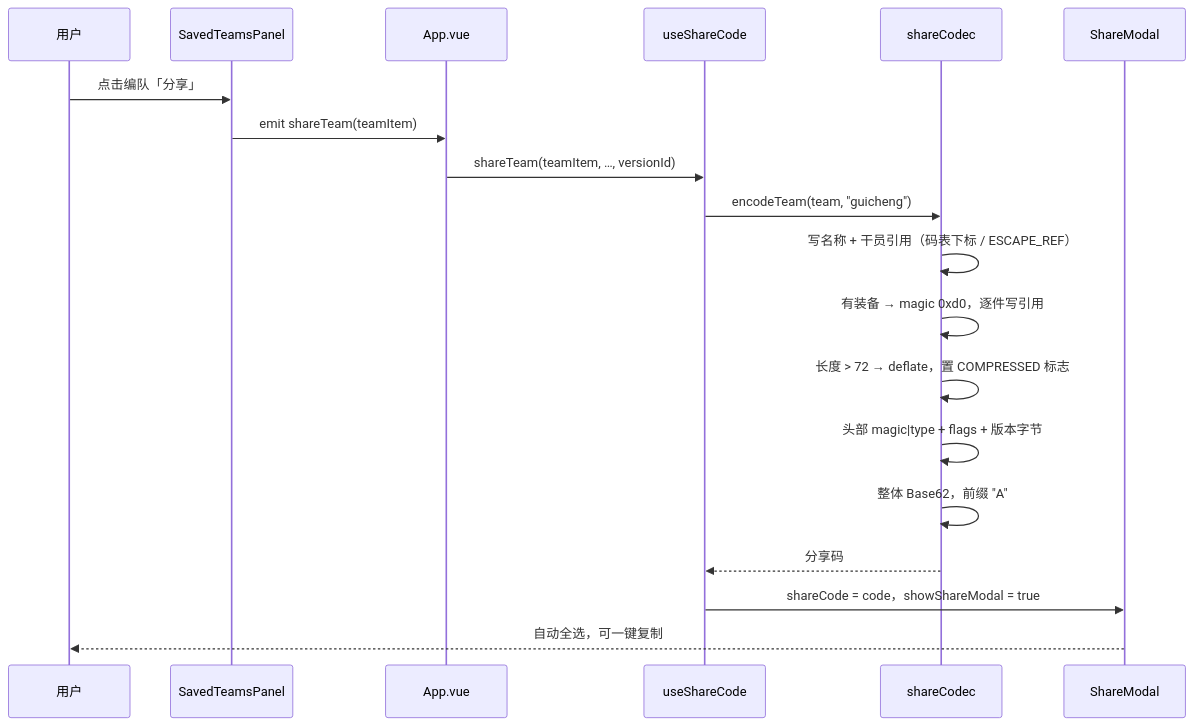
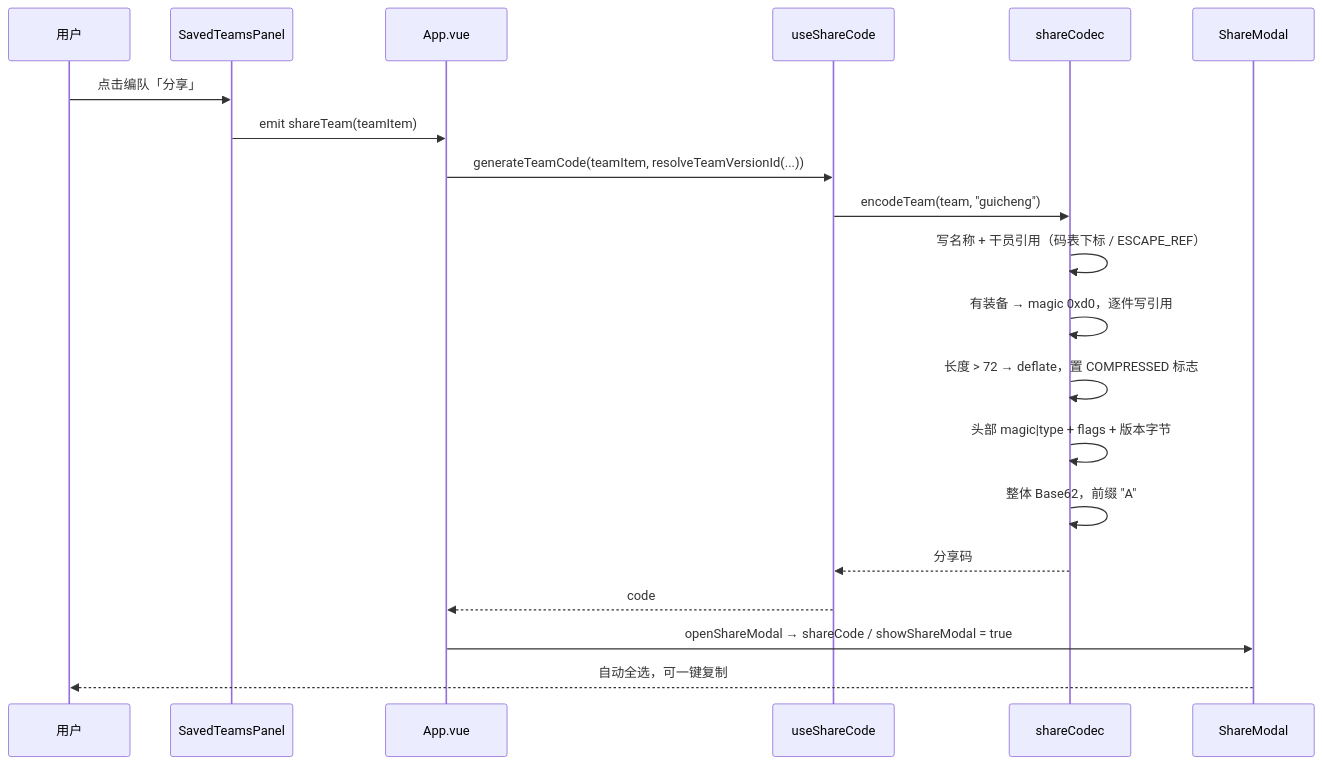
Before and after one commit to yeyeye613/Arknights-alliance-tool: the seventh of 9 diagrams in architecture/data-flow.md, drawn with Mermaid. The commit also changed other lines of this file and 7 other files, not shown here.

````diff
--- a/architecture/data-flow.md
+++ b/architecture/data-flow.md
@@ -206,22 +207,23 @@
 ```mermaid
 sequenceDiagram
   participant U as 用户
   participant S as SavedTeamsPanel
   participant A as App.vue
   participant SC as useShareCode
   participant CD as shareCodec
   participant M as ShareModal
 
   U->>S: 点击编队「分享」
   S->>A: emit shareTeam(teamItem)
-  A->>SC: shareTeam(teamItem, …, versionId)
+  A->>SC: generateTeamCode(teamItem, resolveTeamVersionId(...))
   SC->>CD: encodeTeam(team, "guicheng")
   CD->>CD: 写名称 + 干员引用（码表下标 / ESCAPE_REF）
   CD->>CD: 有装备 → magic 0xd0，逐件写引用
   CD->>CD: 长度 > 72 → deflate，置 COMPRESSED 标志
   CD->>CD: 头部 magic|type + flags + 版本字节
   CD->>CD: 整体 Base62，前缀 "A"
   CD-->>SC: 分享码
-  SC->>M: shareCode = code，showShareModal = true
+  SC-->>A: code
+  A->>M: openShareModal → shareCode / showShareModal = true
   M-->>U: 自动全选，可一键复制
 ```
````
